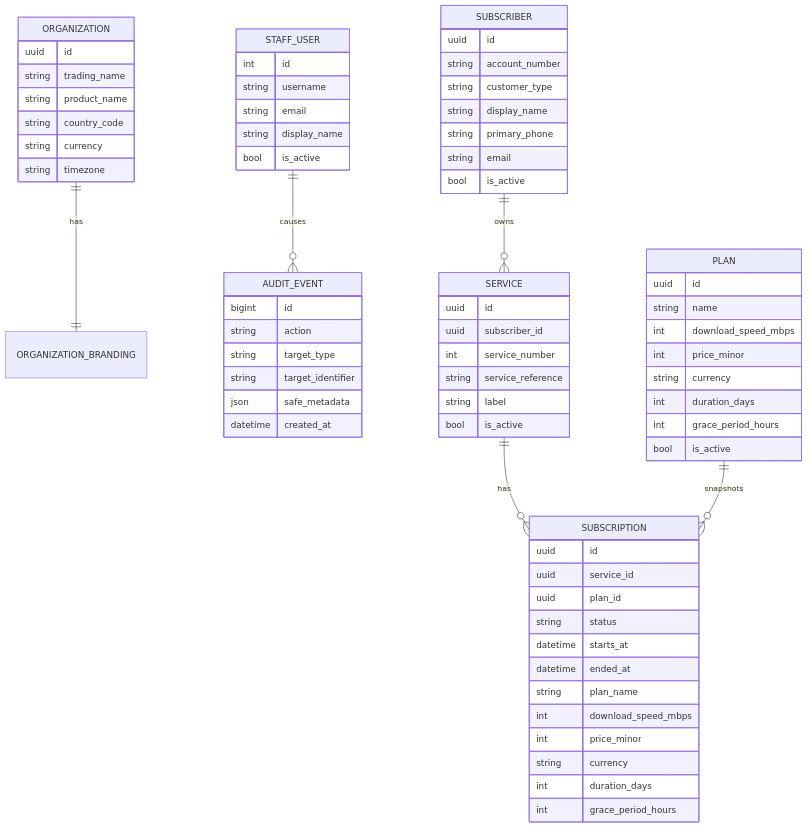
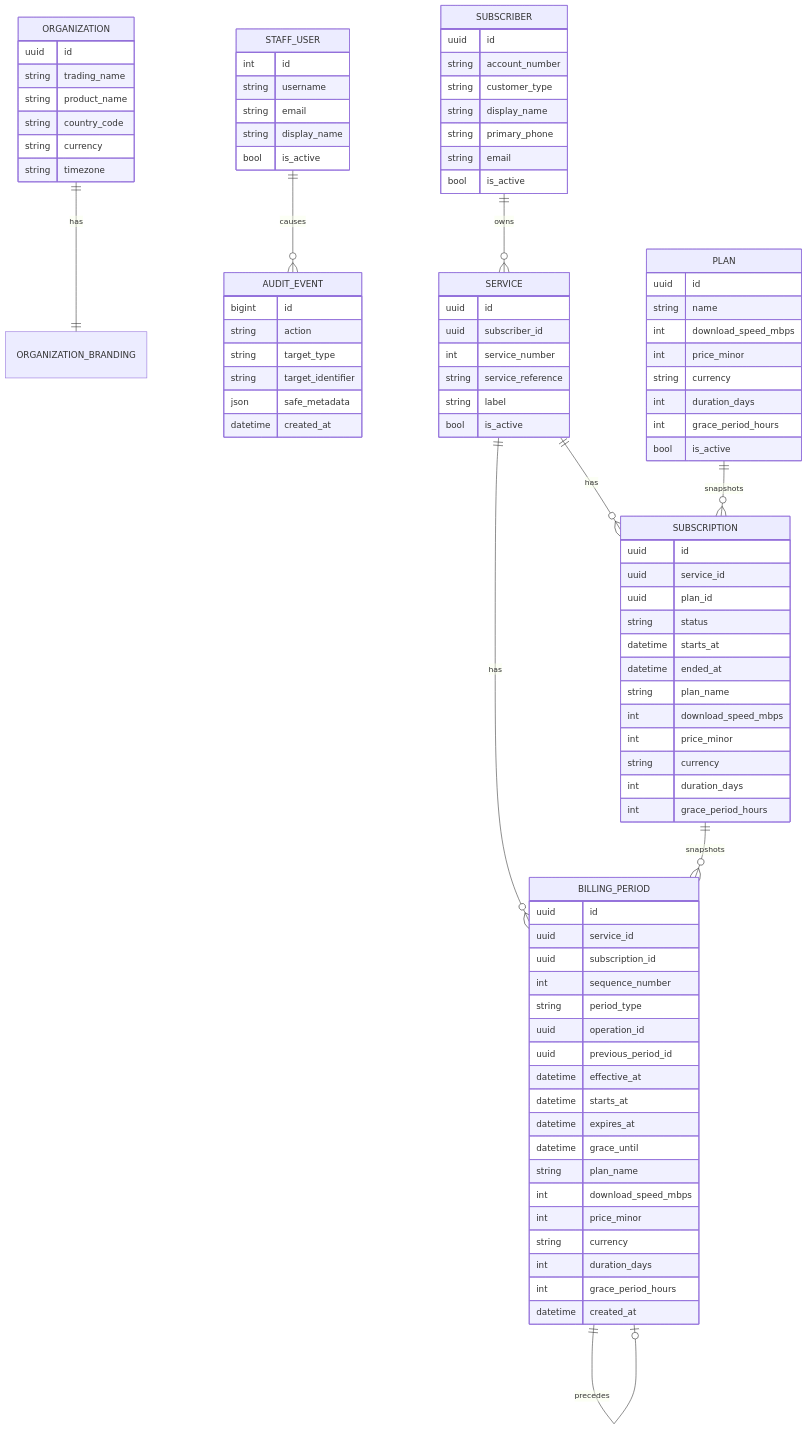
Before and after one commit to wangari327/supersurf-billing-phase0: the first of 2 diagrams in docs/architecture/erd.md, drawn with Mermaid. The commit also changed other lines of this file and 24 other files, not shown here.

````diff
--- a/docs/architecture/erd.md
+++ b/docs/architecture/erd.md
@@ -10,7 +10,10 @@
     STAFF_USER ||--o{ AUDIT_EVENT : causes
     SUBSCRIBER ||--o{ SERVICE : owns
     SERVICE ||--o{ SUBSCRIPTION : has
+    SERVICE ||--o{ BILLING_PERIOD : has
     PLAN ||--o{ SUBSCRIPTION : snapshots
+    SUBSCRIPTION ||--o{ BILLING_PERIOD : snapshots
+    BILLING_PERIOD ||--o| BILLING_PERIOD : precedes
 
     ORGANIZATION {
         uuid id
@@ -76,4 +79,24 @@
         int duration_days
         int grace_period_hours
     }
+    BILLING_PERIOD {
+        uuid id
+        uuid service_id
+        uuid subscription_id
+        int sequence_number
+        string period_type
+        uuid operation_id
+        uuid previous_period_id
+        datetime effective_at
+        datetime starts_at
+        datetime expires_at
+        datetime grace_until
+        string plan_name
+        int download_speed_mbps
+        int price_minor
+        string currency
+        int duration_days
+        int grace_period_hours
+        datetime created_at
+    }
 ```
````
